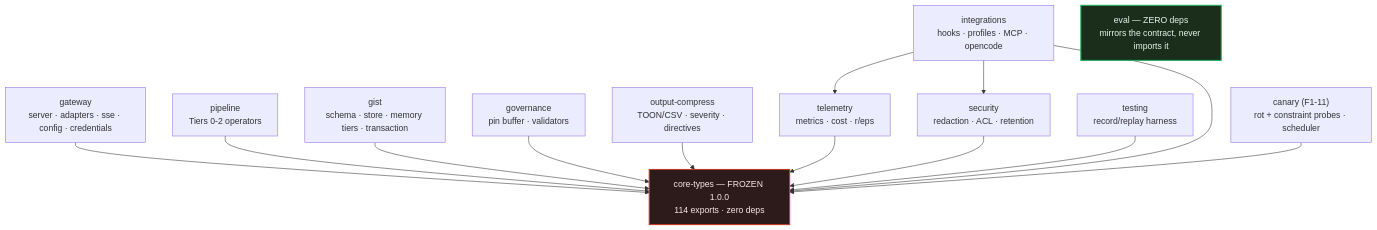
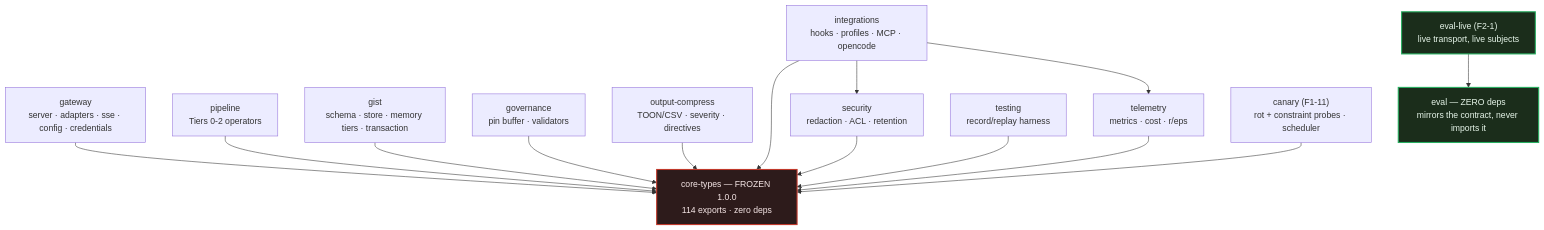
One commit to VinodAtwal/strata-ctx changed the first of 3 diagrams in AGENTS.md. Above: the diagram before and after it, drawn with Mermaid. The commit also changed other lines of this file and 12 other files, not shown here.

````diff
--- a/AGENTS.md
+++ b/AGENTS.md
@@ -323,35 +323,38 @@
 ```mermaid
 graph TD
   CT["core-types — FROZEN 1.0.0<br/>114 exports · zero deps"]
 
   GW["gateway<br/>server · adapters · sse · config · credentials"]
   PL["pipeline<br/>Tiers 0-2 operators"]
   GI["gist<br/>schema · store · memory tiers · transaction"]
   GV["governance<br/>pin buffer · validators"]
   OC["output-compress<br/>TOON/CSV · severity · directives"]
   TL["telemetry<br/>metrics · cost · r/eps"]
   SE["security<br/>redaction · ACL · retention"]
   TE["testing<br/>record/replay harness"]
 
   IN["integrations<br/>hooks · profiles · MCP · opencode"]
   EV["eval — ZERO deps<br/>mirrors the contract, never imports it"]
+  EL["eval-live (F2-1)<br/>live transport, live subjects"]
   CN["canary (F1-11)<br/>rot + constraint probes · scheduler"]
 
   GW --> CT
   PL --> CT
   GI --> CT
   GV --> CT
   OC --> CT
   TL --> CT
   SE --> CT
   TE --> CT
   IN --> CT
   IN --> SE
   IN --> TL
   CN --> CT
+  EL --> EV
 
   classDef frozen fill:#2d1b1b,stroke:#c0392b,stroke-width:2px,color:#f5e6e6
   classDef nodeps fill:#1b2d1b,stroke:#27ae60,stroke-width:2px,color:#e6f5e9
   class CT frozen
   class EV nodeps
+  class EL nodeps
 ```
````
